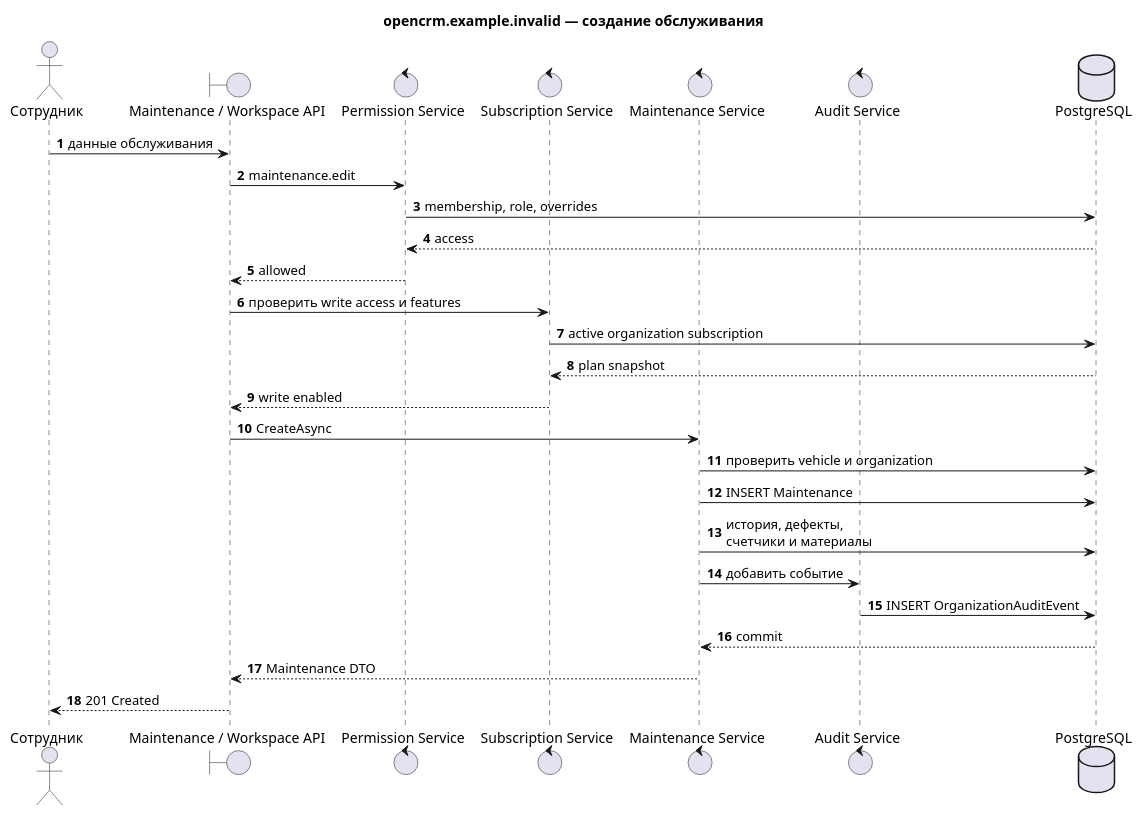
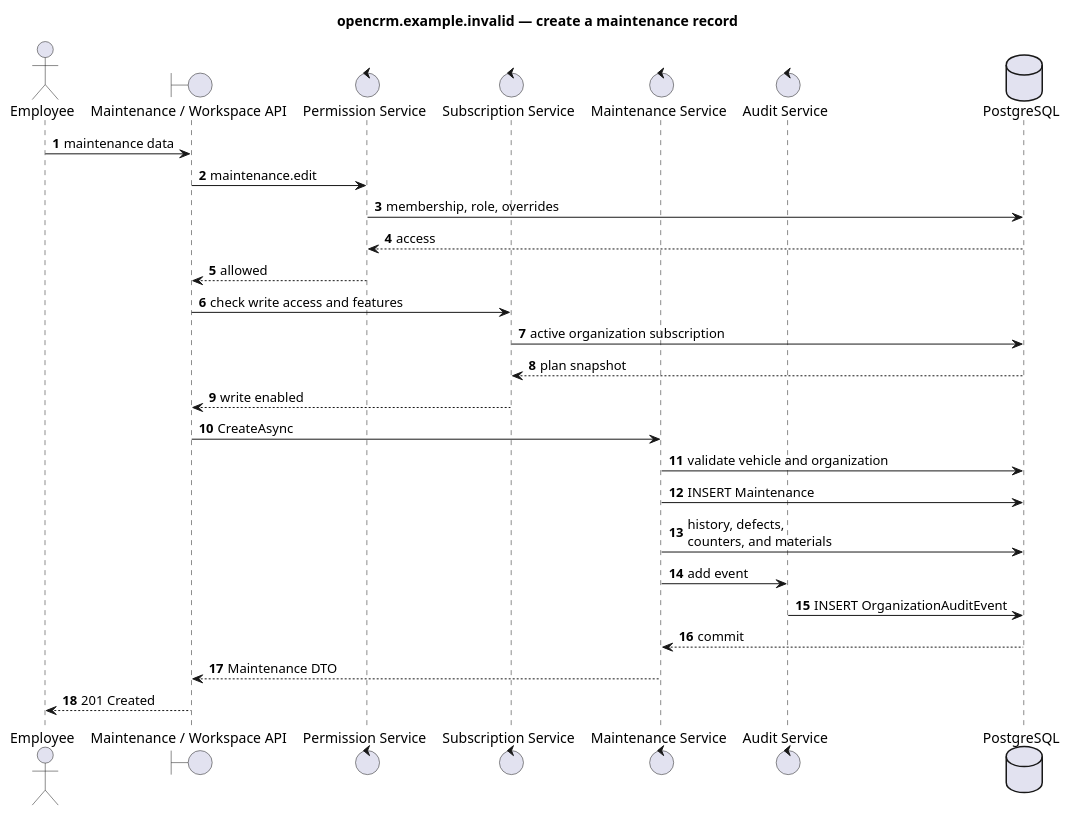
Before and after one commit to eddchervov/OpenCRM: the diagram in docs/uml/maintenance-sequence.puml, drawn with PlantUML. The commit also changed 139 other files, not shown here.

```diff
--- a/docs/uml/maintenance-sequence.puml
+++ b/docs/uml/maintenance-sequence.puml
@@ -1,34 +1,34 @@
 @startuml maintenance_sequence
-title opencrm.example.invalid — создание обслуживания
+title opencrm.example.invalid — create a maintenance record
 
 autonumber
-actor "Сотрудник" as Employee
+actor "Employee" as Employee
 boundary "Maintenance / Workspace API" as Api
 control "Permission Service" as Permission
 control "Subscription Service" as Subscription
 control "Maintenance Service" as Maintenance
 control "Audit Service" as Audit
 database "PostgreSQL" as Db
 
-Employee -> Api : данные обслуживания
+Employee -> Api : maintenance data
 Api -> Permission : maintenance.edit
 Permission -> Db : membership, role, overrides
 Db --> Permission : access
 Permission --> Api : allowed
 
-Api -> Subscription : проверить write access и features
+Api -> Subscription : check write access and features
 Subscription -> Db : active organization subscription
 Db --> Subscription : plan snapshot
 Subscription --> Api : write enabled
 
 Api -> Maintenance : CreateAsync
-Maintenance -> Db : проверить vehicle и organization
+Maintenance -> Db : validate vehicle and organization
 Maintenance -> Db : INSERT Maintenance
-Maintenance -> Db : история, дефекты,\nсчетчики и материалы
-Maintenance -> Audit : добавить событие
+Maintenance -> Db : history, defects,\ncounters, and materials
+Maintenance -> Audit : add event
 Audit -> Db : INSERT OrganizationAuditEvent
 Db --> Maintenance : commit
 Maintenance --> Api : Maintenance DTO
 Api --> Employee : 201 Created
 
 @enduml
```
